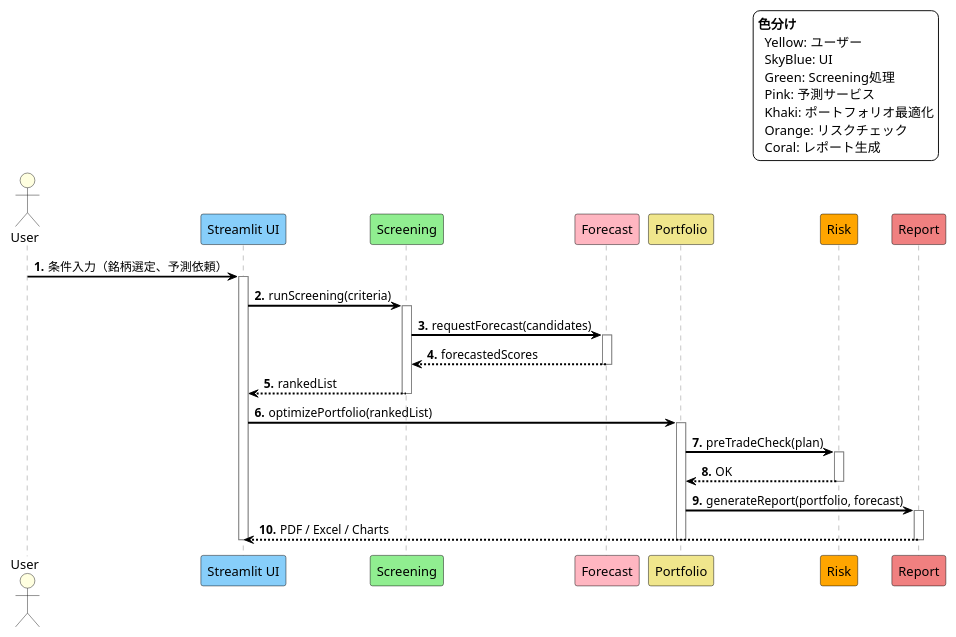
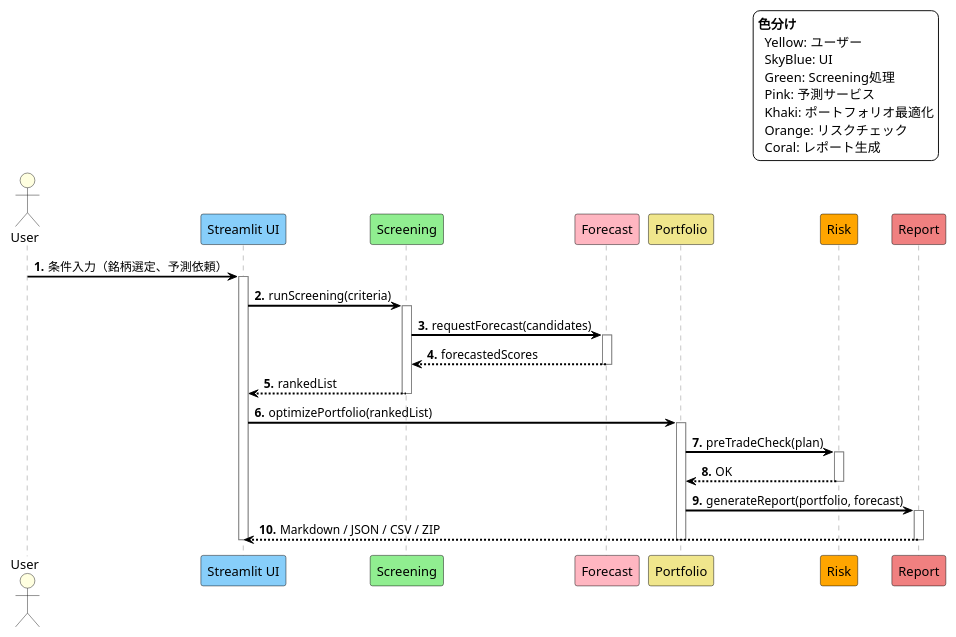
The fourth of 4 diagrams in Documents/03_Functional_design.md (yuki-godzilla/Smart_Market_AI), drawn with PlantUML before and after one commit. The commit also changed other lines of this file and 14 other files, not shown here.

````diff
--- a/Documents/03_Functional_design.md
+++ b/Documents/03_Functional_design.md
@@ -433,66 +434,66 @@
 ```plantuml
 @startuml
 ' --- レイアウト設定 ---
 scale 950 width
 skinparam backgroundColor #FFFFFF
 skinparam sequence {
   ArrowColor Black
   ArrowThickness 2
   LifeLineBorderColor Gray
   LifeLineBackgroundColor White
 }
 skinparam participant {
   FontSize 14
   BorderColor Black
 }
 autonumber "<b>0</b>."
 
 ' --- 参加者（役割で色分け） ---
 actor User #LightYellow
 participant UI as "Streamlit UI" #LightSkyBlue
 participant Screening #LightGreen
 participant Forecast #LightPink
 participant Portfolio #Khaki
 participant Risk #Orange
 participant Report #LightCoral
 
 ' --- フロー ---
 User -> UI: 条件入力（銘柄選定、予測依頼）
 activate UI
 UI -> Screening: runScreening(criteria)
 activate Screening
 Screening -> Forecast: requestForecast(candidates)
 activate Forecast
 Forecast --> Screening: forecastedScores
 deactivate Forecast
 
 Screening --> UI: rankedList
 deactivate Screening
 
 UI -> Portfolio: optimizePortfolio(rankedList)
 activate Portfolio
 Portfolio -> Risk: preTradeCheck(plan)
 activate Risk
 Risk --> Portfolio: OK
 deactivate Risk
 
 Portfolio -> Report: generateReport(portfolio, forecast)
 activate Report
-Report --> UI: PDF / Excel / Charts
+Report --> UI: Markdown / JSON / CSV / ZIP
 deactivate Report
 deactivate Portfolio
 deactivate UI
 
 ' --- 凡例 ---
 legend top right
 <b>色分け</b>
   Yellow: ユーザー
   SkyBlue: UI
   Green: Screening処理
   Pink: 予測サービス
   Khaki: ポートフォリオ最適化
   Orange: リスクチェック
   Coral: レポート生成
 endlegend
 @enduml
 ```
````
